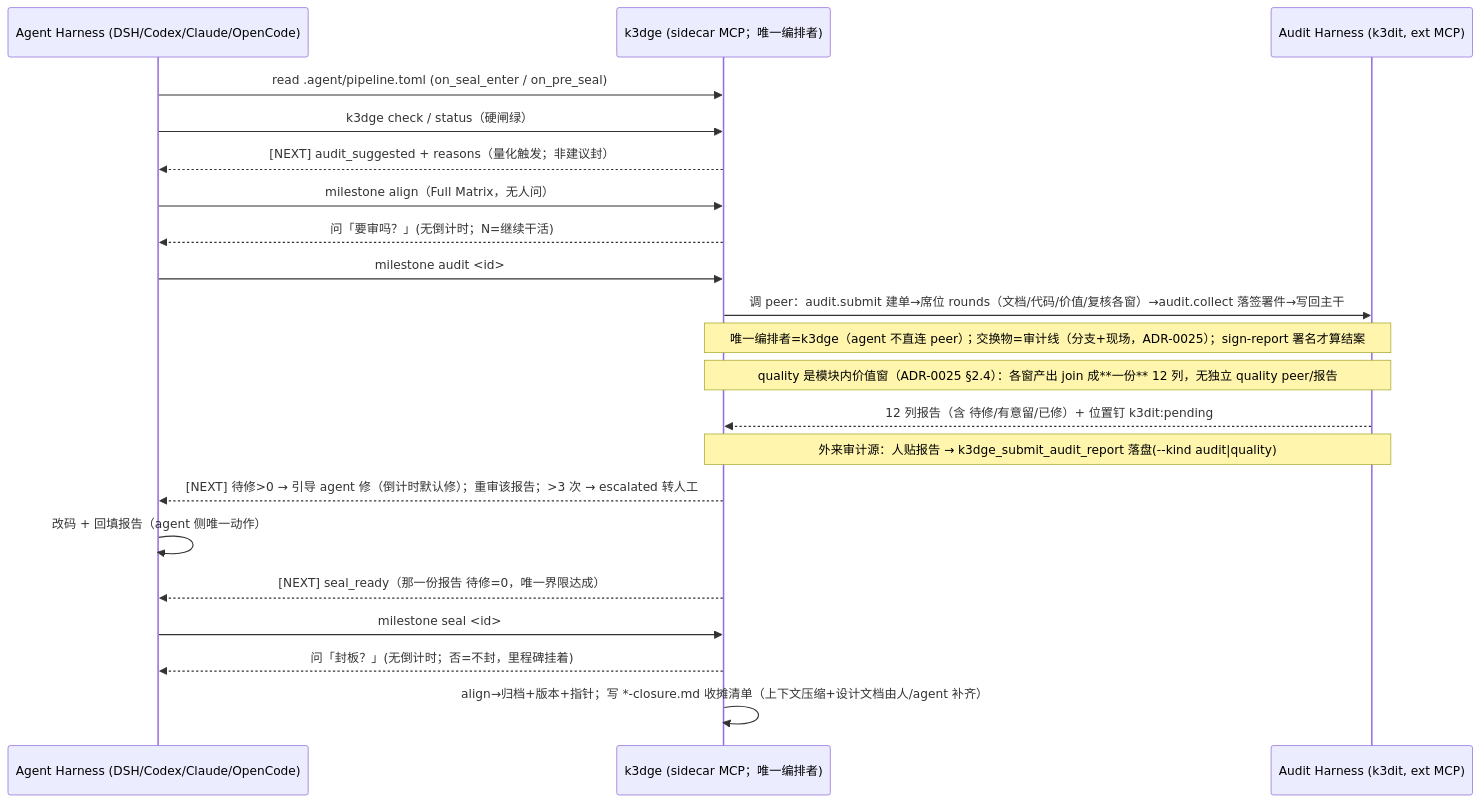
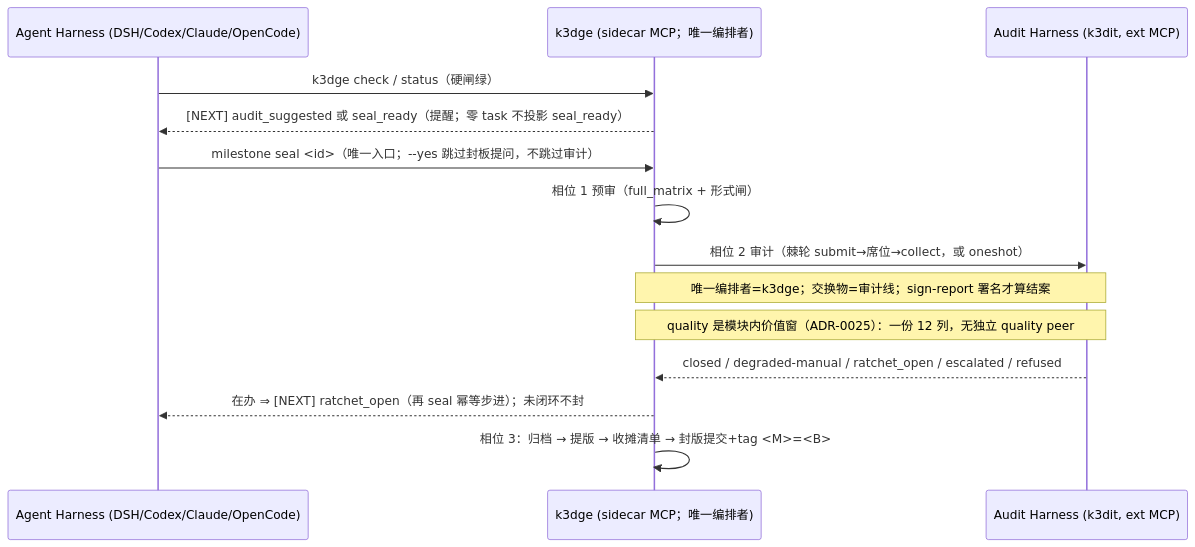
The sixth of 6 diagrams in docs/architecture/overview.md (jamieplus/k3dge), drawn with Mermaid before and after one commit. The commit also changed other lines of this file and 33 other files, not shown here.

````diff
--- a/docs/architecture/overview.md
+++ b/docs/architecture/overview.md
@@ -111,23 +111,16 @@
 ```mermaid
 sequenceDiagram
     participant Agent as Agent Harness (DSH/Codex/Claude/OpenCode)
     participant K3 as k3dge (sidecar MCP；唯一编排者)
     participant Audit as Audit Harness (k3dit, ext MCP)
-    Agent->>K3: read .agent/pipeline.toml (on_seal_enter / on_pre_seal)
     Agent->>K3: k3dge check / status（硬闸绿）
-    K3-->>Agent: [NEXT] audit_suggested + reasons（量化触发；非建议封）
-    Agent->>K3: milestone align（Full Matrix，无人问）
-    K3-->>Agent: 问「要审吗？」(无倒计时；N=继续干活)
-    Agent->>K3: milestone audit <id>
-    K3->>Audit: 调 peer：audit.submit 建单→席位 rounds（文档/代码/价值/复核各窗）→audit.collect 落签署件→写回主干
-    Note over K3,Audit: 唯一编排者=k3dge（agent 不直连 peer）；交换物=审计线（分支+现场，ADR-0025）；sign-report 署名才算结案
-    Note over K3,Audit: quality 是模块内价值窗（ADR-0025 §2.4）：各窗产出 join 成**一份** 12 列，无独立 quality peer/报告
-    Audit-->>K3: 12 列报告（含 待修/有意留/已修）+ 位置钉 k3dit:pending
-    Note over K3,Audit: 外来审计源：人贴报告 → k3dge_submit_audit_report 落盘(--kind audit|quality)
-    K3-->>Agent: [NEXT] 待修>0 → 引导 agent 修（倒计时默认修）；重审该报告；>3 次 → escalated 转人工
-    Agent->>Agent: 改码 + 回填报告（agent 侧唯一动作）
-    K3-->>Agent: [NEXT] seal_ready（那一份报告 待修=0，唯一界限达成）
-    Agent->>K3: milestone seal <id>
-    K3-->>Agent: 问「封板？」(无倒计时；否=不封，里程碑挂着)
-    K3->>K3: align→归档+版本+指针；写 *-closure.md 收摊清单（上下文压缩+设计文档由人/agent 补齐）
+    K3-->>Agent: [NEXT] audit_suggested 或 seal_ready（提醒；零 task 不投影 seal_ready）
+    Agent->>K3: milestone seal <id>（唯一入口；--yes 跳过封板提问，不跳过审计）
+    K3->>K3: 相位 1 预审（full_matrix + 形式闸）
+    K3->>Audit: 相位 2 审计（棘轮 submit→席位→collect，或 oneshot）
+    Note over K3,Audit: 唯一编排者=k3dge；交换物=审计线；sign-report 署名才算结案
+    Note over K3,Audit: quality 是模块内价值窗（ADR-0025）：一份 12 列，无独立 quality peer
+    Audit-->>K3: closed / degraded-manual / ratchet_open / escalated / refused
+    K3-->>Agent: 在办 ⇒ [NEXT] ratchet_open（再 seal 幂等步进）；未闭环不封
+    K3->>K3: 相位 3：归档 → 提版 → 收摊清单 → 封版提交+tag <M>=<B>
 ```
````
